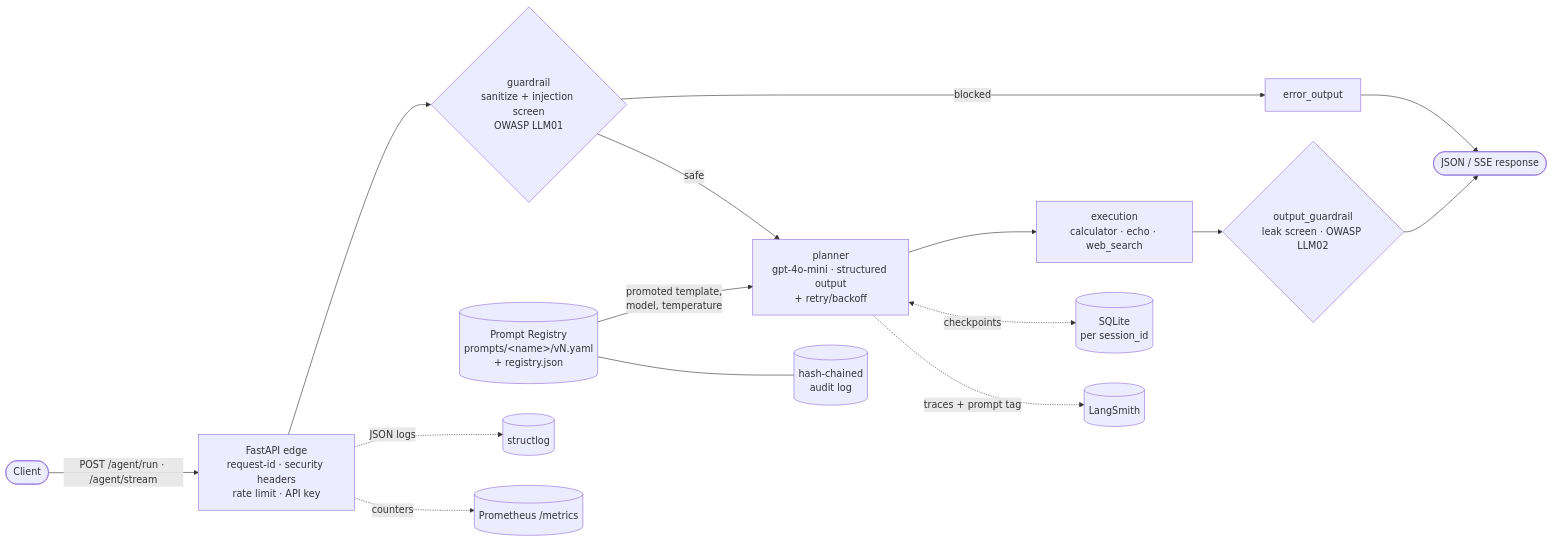
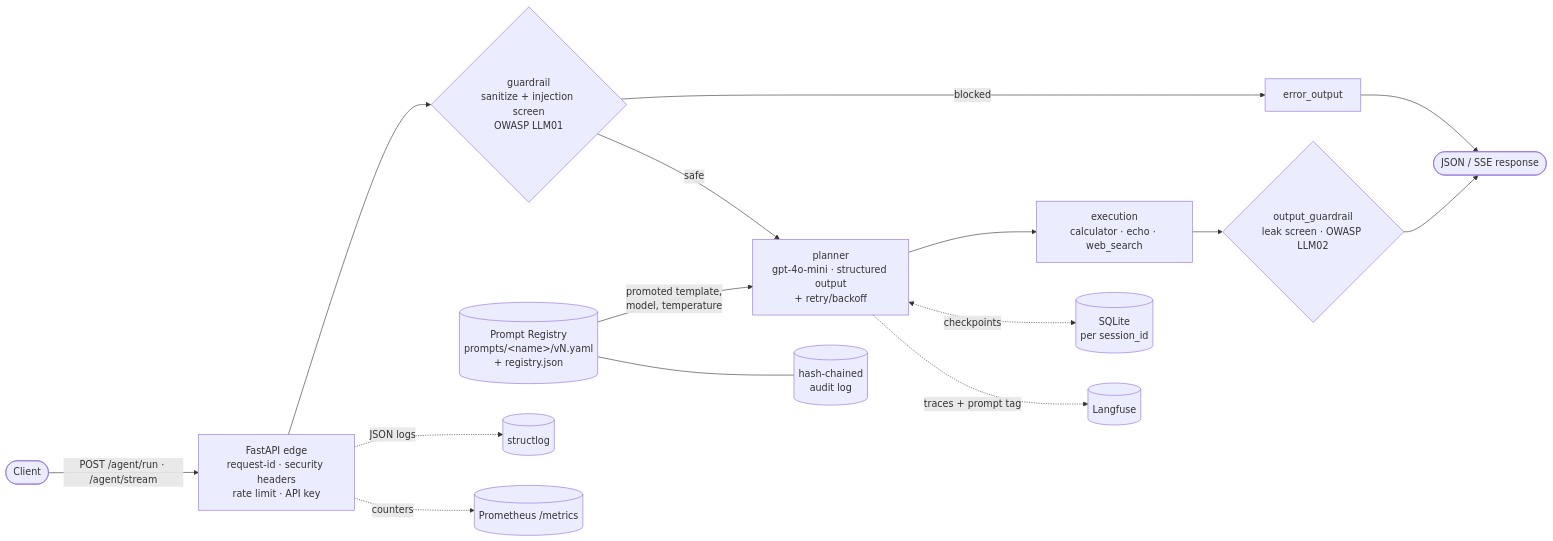
The diagram in README.md (kanderson-ai-dev/agentic-api), drawn with Mermaid before and after one commit. The commit also changed other lines of this file and 19 other files, not shown here.

Commit message:
feat: add optional Langfuse tracing with prompt attribution

````diff
--- a/README.md
+++ b/README.md
@@ -17,18 +17,18 @@
 ```mermaid
 flowchart LR
     Client([Client]) -->|"POST /agent/run · /agent/stream"| Edge[FastAPI edge<br/>request-id · security headers<br/>rate limit · API key]
     Edge --> Guardrail{guardrail<br/>sanitize + injection screen<br/>OWASP LLM01}
     Guardrail -->|blocked| ErrorOut[error_output]
     Guardrail -->|safe| Planner[planner<br/>gpt-4o-mini · structured output<br/>+ retry/backoff]
     Planner --> Execution[execution<br/>calculator · echo · web_search]
     Execution --> OutGuard{output_guardrail<br/>leak screen · OWASP LLM02}
     OutGuard --> Response([JSON / SSE response])
     ErrorOut --> Response
 
     Registry[("Prompt Registry<br/>prompts/&lt;name&gt;/vN.yaml<br/>+ registry.json")] -->|"promoted template,<br/>model, temperature"| Planner
     Registry --- Audit[("hash-chained<br/>audit log")]
     Planner <-.->|"checkpoints"| SQLite[("SQLite<br/>per session_id")]
-    Planner -.->|"traces + prompt tag"| LangSmith[("LangSmith")]
+    Planner -.->|"traces + prompt tag"| Langfuse[("Langfuse")]
     Edge -.->|"JSON logs"| Structlog[("structlog")]
     Edge -.->|"counters"| Prom[("Prometheus /metrics")]
 ```
````
